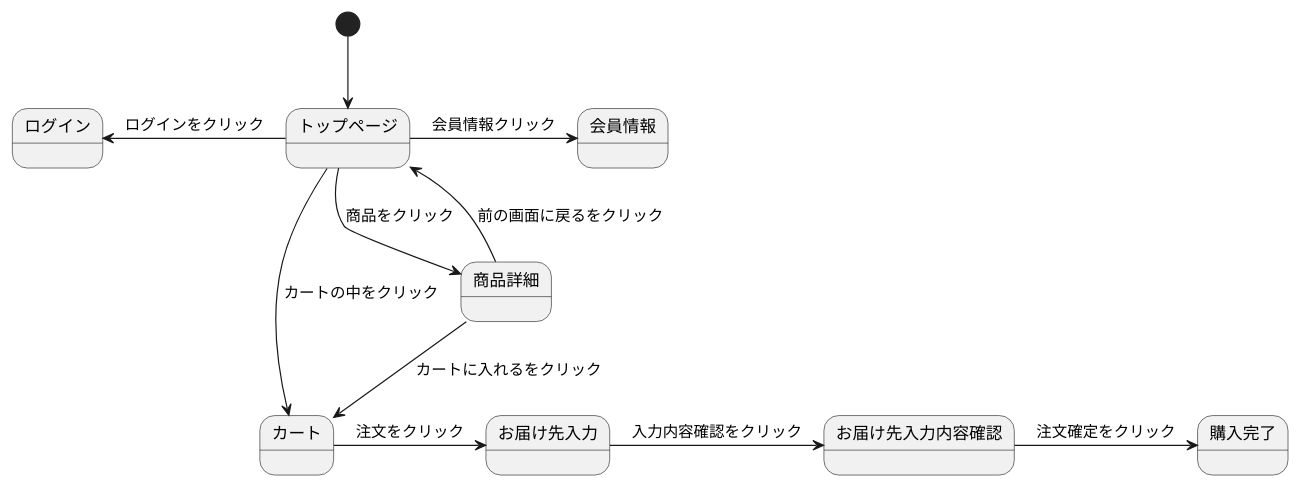
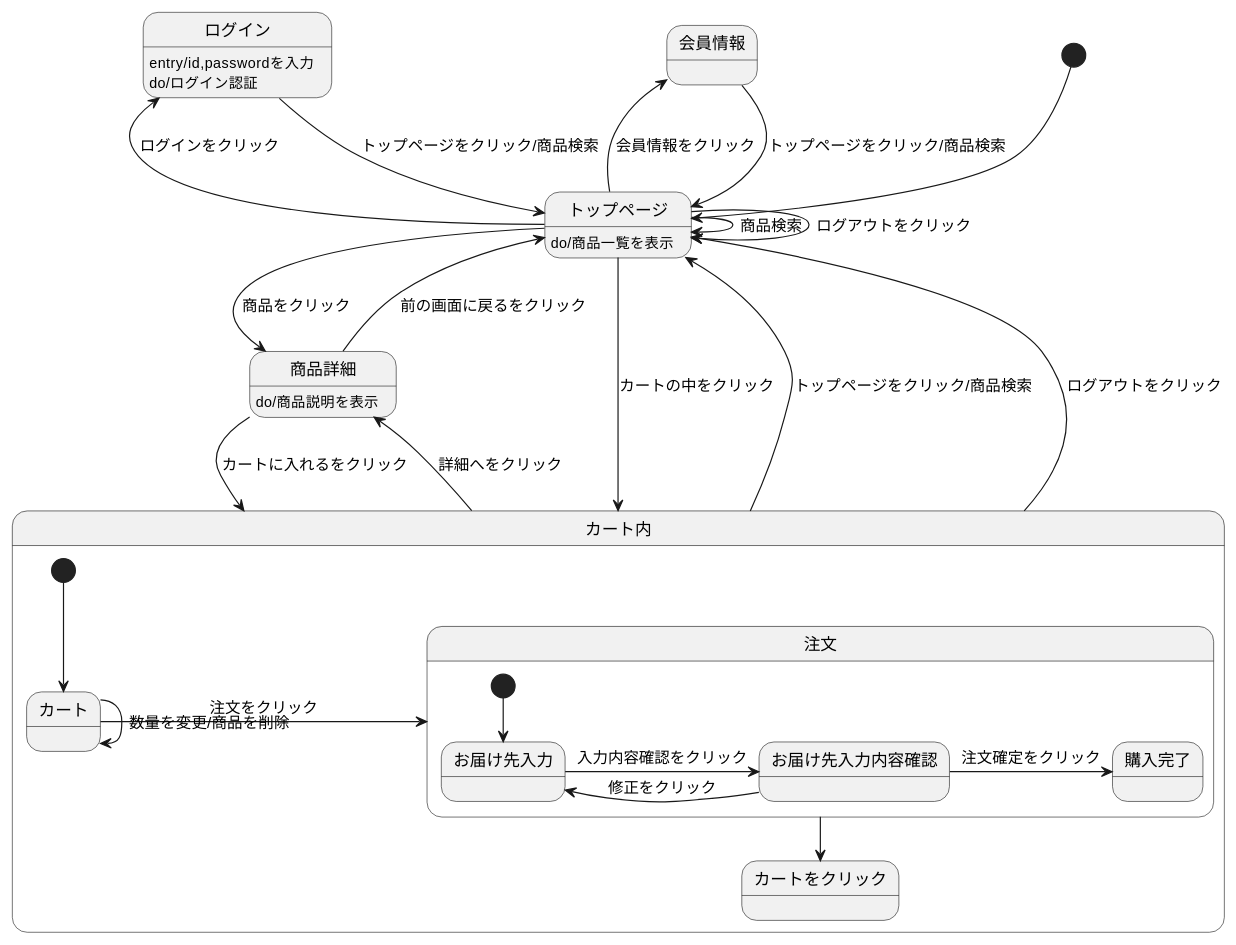
One commit to Aso2001384/2021sys-design changed the diagram in stm2.md. Above: the diagram before and after it, drawn with PlantUML.

````diff
--- a/stm2.md
+++ b/stm2.md
@@ -1,15 +1,35 @@
 ```uml
 @startuml
 [*] --> トップページ
-トップページ -> 会員情報 : 会員情報クリック
+会員情報 --> トップページ : トップページをクリック/商品検索
+ログイン --> トップページ : トップページをクリック/商品検索
+ログイン : entry/id,passwordを入力
+ログイン : do/ログイン認証
+トップページ --> トップページ : ログアウトをクリック
+トップページ -> トップページ : 商品検索
+トップページ -> 商品詳細 : 商品をクリック
+トップページ -left-> 会員情報 : 会員情報をクリック
 トップページ -left-> ログイン : ログインをクリック
-トップページ --> 商品詳細 : 商品をクリック
-トップページ --> カート : カートの中をクリック
-商品詳細 --> カート : カートに入れるをクリック
+トップページ --> カート内 : カートの中をクリック
+トップページ : do/商品一覧を表示
+商品詳細 --> カート内 : カートに入れるをクリック
 商品詳細 --> トップページ : 前の画面に戻るをクリック
-カート -> お届け先入力 : 注文をクリック
+商品詳細 : do/商品説明を表示
+カート内 -up-> トップページ : トップページをクリック/商品検索
+カート内 -up-> トップページ : ログアウトをクリック
+カート内 -> 商品詳細 : 詳細へをクリック
+
+state カート内 {
+[*] --> カート
+カート -> 注文 : 注文をクリック
+カート -> カート : 数量を変更/商品を削除
+注文 --> カートをクリック
+state 注文 {
+[*] --> お届け先入力
 お届け先入力 -> お届け先入力内容確認 : 入力内容確認をクリック
+お届け先入力内容確認 -> お届け先入力 : 修正をクリック
 お届け先入力内容確認 -> 購入完了 : 注文確定をクリック
-
+ }
+}
 @enduml
 ```
````
